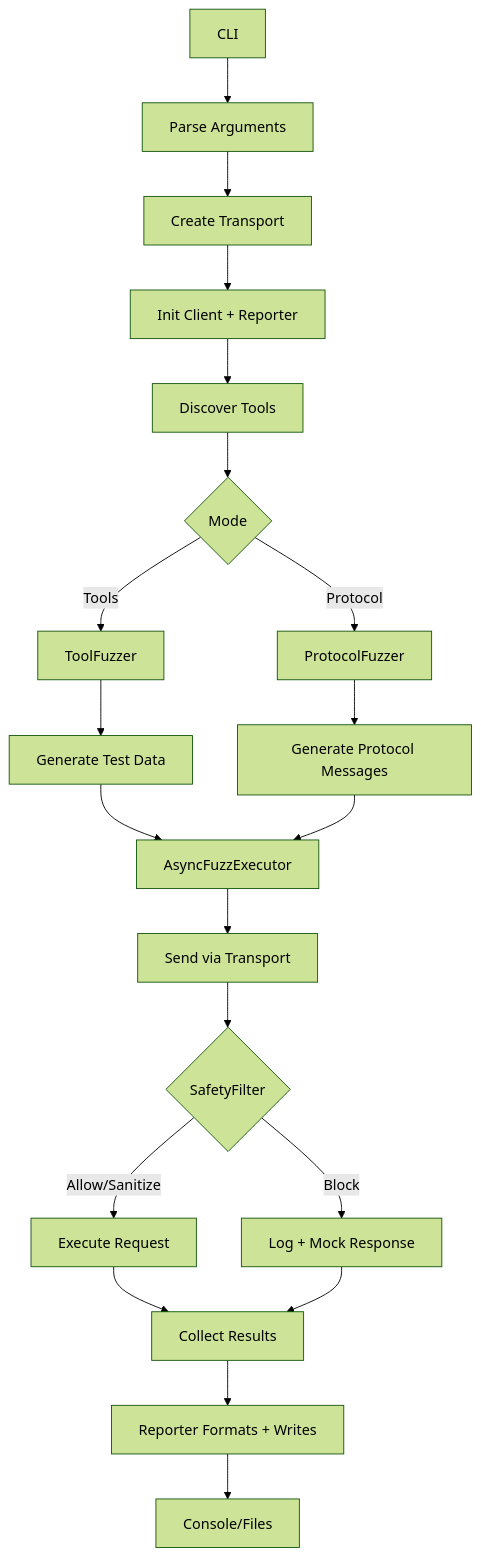
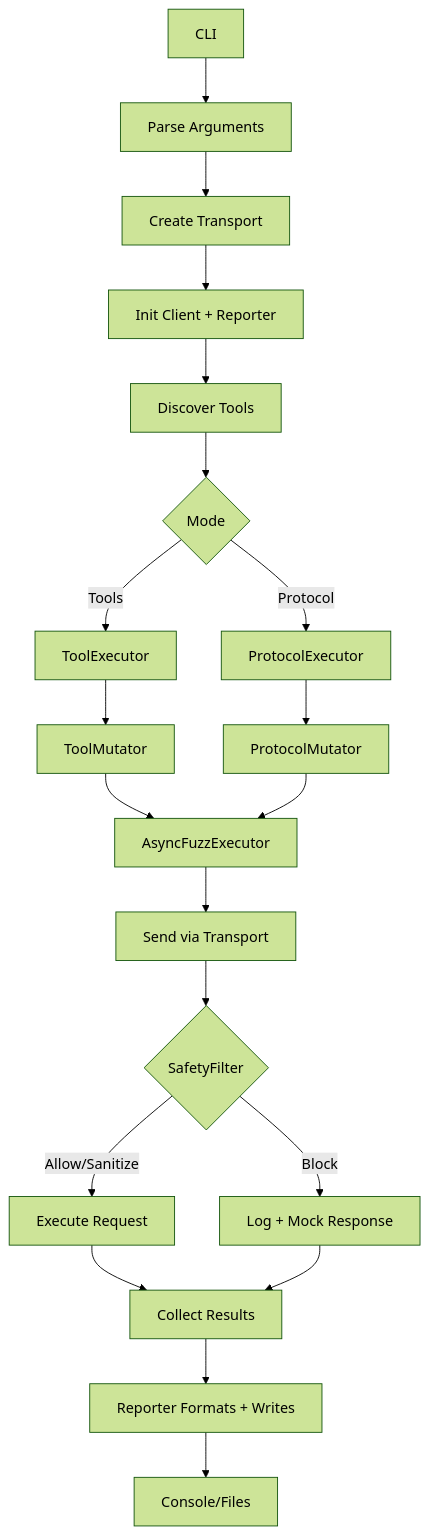
One commit to Agent-Hellboy/mcp-server-fuzzer changed the second of 8 diagrams in docs/architecture/architecture.md. Above: the diagram before and after it, drawn with Mermaid (forest theme). The commit also changed other lines of this file and 61 other files, not shown here.

````diff
--- a/docs/architecture/architecture.md
+++ b/docs/architecture/architecture.md
@@ -95,28 +96,28 @@
 ```mermaid
 graph TD
     A[CLI] --> B[Parse Arguments]
     B --> C[Create Transport]
     C --> D[Init Client + Reporter]
     D --> E[Discover Tools]
     E --> F{Mode}
 
-    F -->|Tools| G[ToolFuzzer]
-    F -->|Protocol| H[ProtocolFuzzer]
+    F -->|Tools| G[ToolExecutor]
+    F -->|Protocol| H[ProtocolExecutor]
 
-    G --> I[Generate Test Data]
-    H --> J[Generate Protocol Messages]
+    G --> I[ToolMutator]
+    H --> J[ProtocolMutator]
 
     I --> K1[AsyncFuzzExecutor]
     J --> K1
     K1 --> K[Send via Transport]
 
     K --> L{SafetyFilter}
     L -->|Block| M[Log + Mock Response]
     L -->|Allow/Sanitize| N[Execute Request]
 
     N --> O[Collect Results]
     M --> O
 
     O --> P[Reporter Formats + Writes]
     P --> Q[Console/Files]
 ```
````
